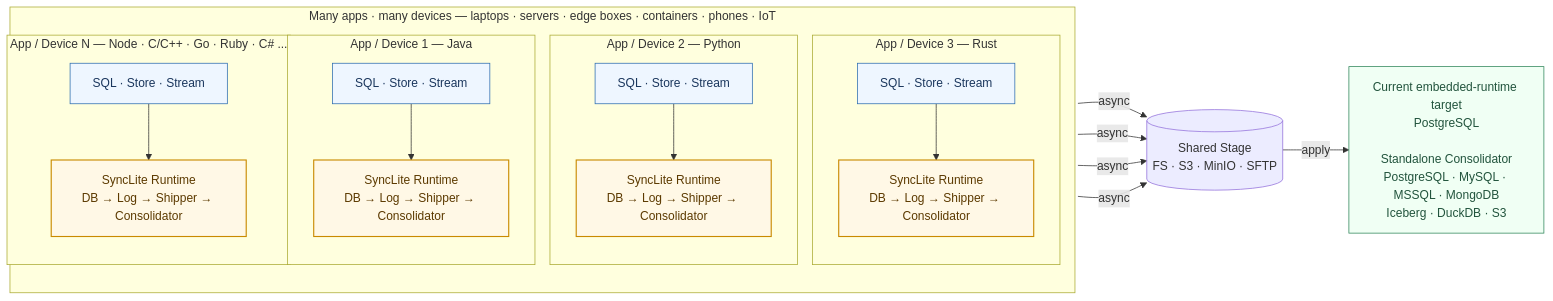
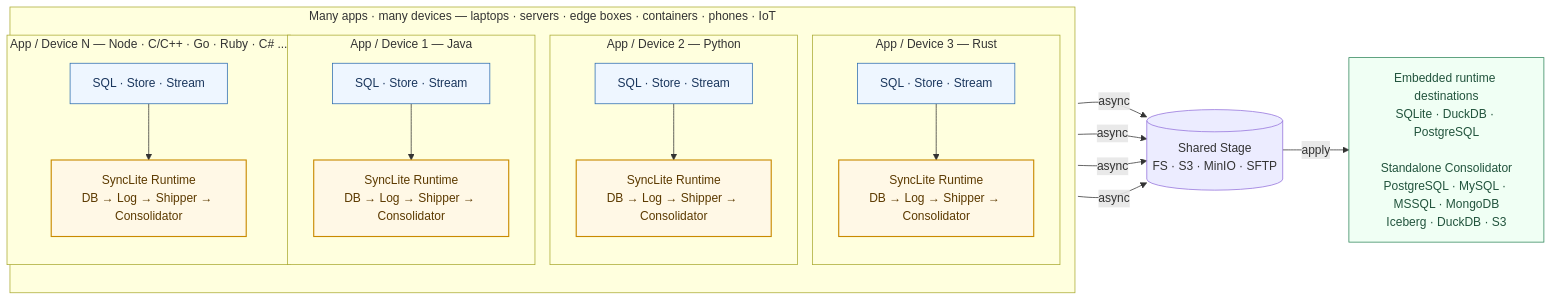
The second of 4 diagrams in GETTING_STARTED.md (syncliteio/SyncLite), drawn with Mermaid before and after one commit. The commit also changed other lines of this file and 4 other files, not shown here.

````diff
--- a/GETTING_STARTED.md
+++ b/GETTING_STARTED.md
@@ -290,44 +393,44 @@
 ```mermaid
 flowchart LR
     classDef app fill:#eef6ff,stroke:#2b6cb0,stroke-width:1px,color:#1a365d
     classDef rt  fill:#fff8e6,stroke:#c98a00,stroke-width:1.5px,color:#5c3a00
     classDef dst fill:#f0fff4,stroke:#2f855a,stroke-width:1px,color:#22543d
 
     subgraph Fleet["Many apps · many devices — laptops · servers · edge boxes · containers · phones · IoT"]
         direction TB
 
         subgraph App1["App / Device 1 — Java"]
             API1["SQL · Store · Stream"]:::app
             RT1["SyncLite Runtime<br/>DB → Log → Shipper → Consolidator"]:::rt
             API1 --> RT1
         end
 
         subgraph App2["App / Device 2 — Python"]
             API2["SQL · Store · Stream"]:::app
             RT2["SyncLite Runtime<br/>DB → Log → Shipper → Consolidator"]:::rt
             API2 --> RT2
         end
 
         subgraph App3["App / Device 3 — Rust"]
             API3["SQL · Store · Stream"]:::app
             RT3["SyncLite Runtime<br/>DB → Log → Shipper → Consolidator"]:::rt
             API3 --> RT3
         end
 
         subgraph AppN["App / Device N — Node · C/C++ · Go · Ruby · C# ..."]
             APIN["SQL · Store · Stream"]:::app
             RTN["SyncLite Runtime<br/>DB → Log → Shipper → Consolidator"]:::rt
             APIN --> RTN
         end
     end
 
     Stage[("Shared Stage<br/>FS · S3 · MinIO · SFTP")]
     RT1 -- async --> Stage
     RT2 -- async --> Stage
     RT3 -- async --> Stage
     RTN -- async --> Stage
 
     Stage -- apply --> Dst
 
-    Dst["Current embedded-runtime target<br/>PostgreSQL<br/><br/>Standalone Consolidator<br/>PostgreSQL · MySQL · MSSQL · MongoDB<br/>Iceberg · DuckDB · S3"]:::dst
+    Dst["Embedded runtime destinations<br/>SQLite · DuckDB · PostgreSQL<br/><br/>Standalone Consolidator<br/>PostgreSQL · MySQL · MSSQL · MongoDB<br/>Iceberg · DuckDB · S3"]:::dst
 ```
````
